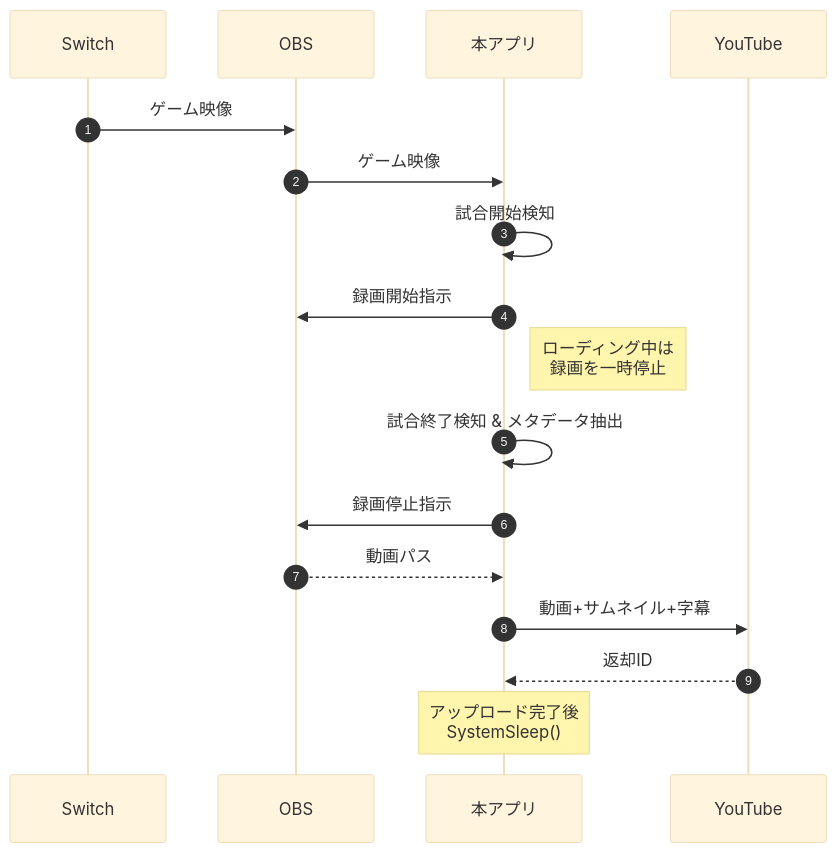
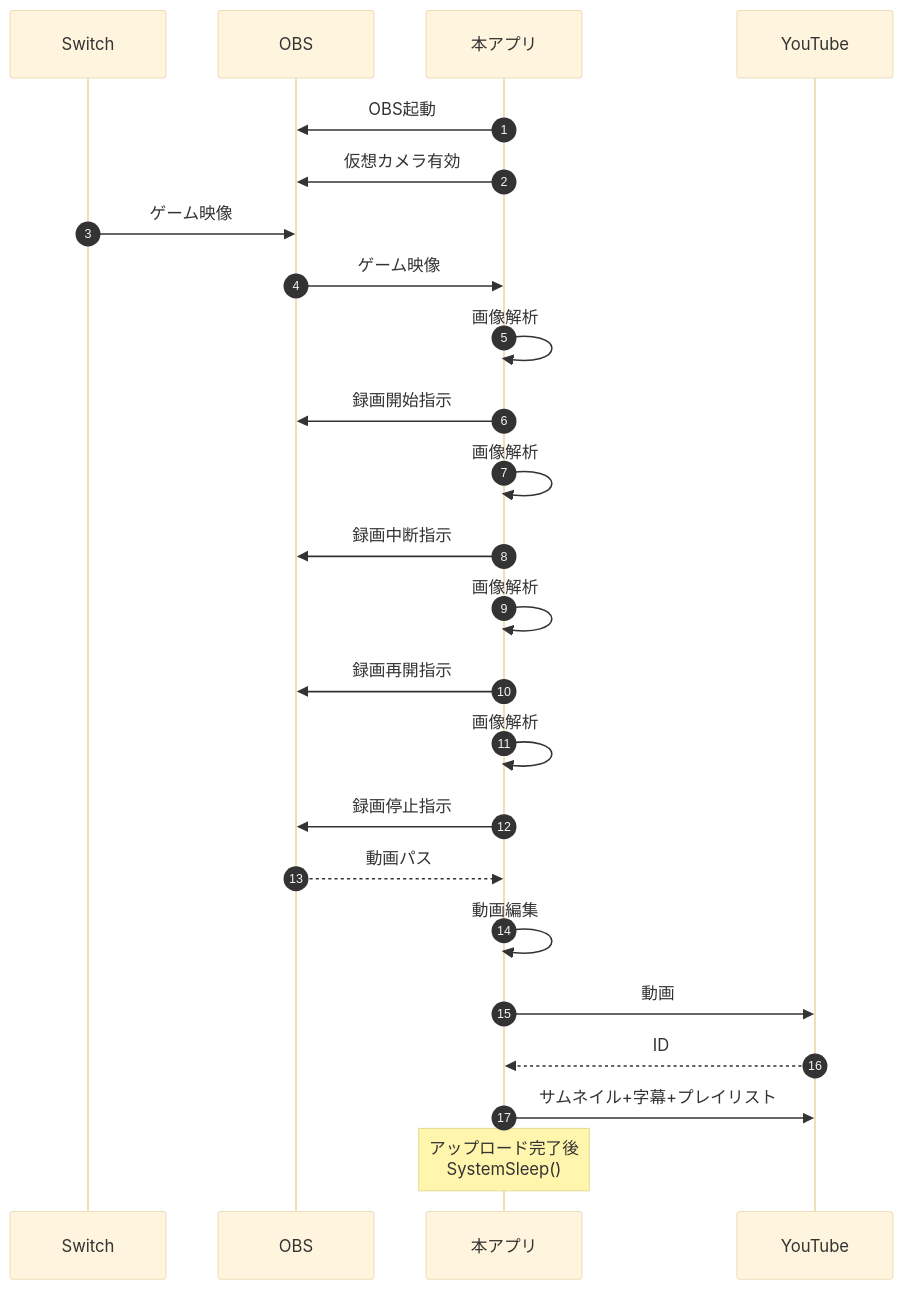
The third of 6 diagrams in docs/external_spec.md (saw4405/splat-replay2), drawn with Mermaid (base theme) before and after one commit. The commit also changed other lines of this file, not shown here.

````diff
--- a/docs/external_spec.md
+++ b/docs/external_spec.md
@@ -185,19 +67,26 @@
 ```mermaid
 sequenceDiagram
     autonumber
     participant Sw as Switch
     participant OBS
     participant App as 本アプリ
     participant YT as YouTube
+    App->>OBS: OBS起動
+    App->>OBS: 仮想カメラ有効
     Sw->>OBS: ゲーム映像
     OBS->>App: ゲーム映像
-    App->>App: 試合開始検知
+    App->>App: 画像解析
     App->>OBS: 録画開始指示
-    Note right of App: ローディング中は<br/>録画を一時停止
-    App->>App: 試合終了検知 & メタデータ抽出
+    App->>App: 画像解析
+    App->>OBS: 録画中断指示
+    App->>App: 画像解析
+    App->>OBS: 録画再開指示
+    App->>App: 画像解析
     App->>OBS: 録画停止指示
     OBS-->>App: 動画パス
-    App->>YT: 動画+サムネイル+字幕
-    YT-->>App: 返却ID
+    App->>App: 動画編集
+    App->>YT: 動画
+    YT-->>App: ID
+    App->>YT: サムネイル+字幕+プレイリスト
     Note over App: アップロード完了後<br/>SystemSleep()
 ```
````
